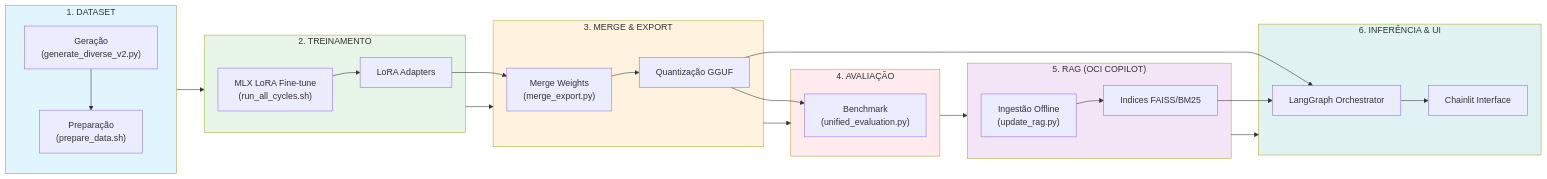
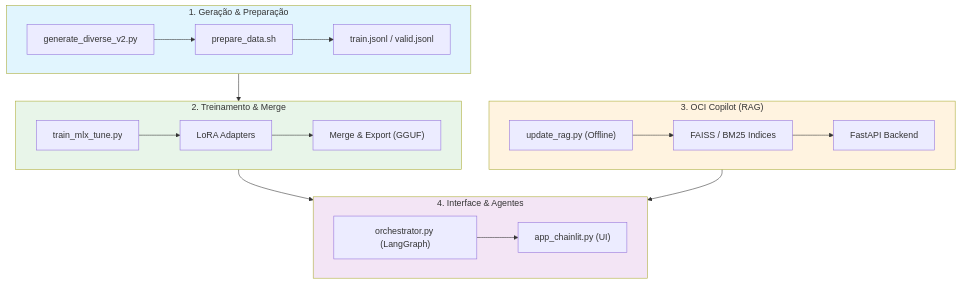
The diagram in README.md (otavio-lemos/olia-2-oci), drawn with Mermaid before and after one commit. The commit also changed other lines of this file, not shown here.

Commit message:
docs: exhaustive README overhaul with correct installation flow and root mandate

````diff
--- a/README.md
+++ b/README.md
@@ -47,41 +42,30 @@
 ```mermaid
-flowchart LR
-    subgraph DS["1. DATASET"]
-        A1["Geração<br/>(generate_diverse_v2.py)"] --> A2["Preparação<br/>(prepare_data.sh)"]
+flowchart TD
+    subgraph GENERATION["1. Geração & Preparação"]
+        A1["generate_diverse_v2.py"] --> A2["prepare_data.sh"]
+        A2 --> A3["train.jsonl / valid.jsonl"]
     end
 
-    subgraph TR["2. TREINAMENTO"]
-        B1["MLX LoRA Fine-tune<br/>(run_all_cycles.sh)"] --> B2["LoRA Adapters"]
+    subgraph TRAINING["2. Treinamento & Merge"]
+        B1["train_mlx_tune.py"] --> B2["LoRA Adapters"]
+        B2 --> B3["Merge & Export (GGUF)"]
     end
 
-    subgraph ME["3. MERGE & EXPORT"]
-        B2 --> C1["Merge Weights<br/>(merge_export.py)"] --> C2["Quantização GGUF"]
+    subgraph RAG["3. OCI Copilot (RAG)"]
+        C1["update_rag.py (Offline)"] --> C2["FAISS / BM25 Indices"]
+        C2 --> C3["FastAPI Backend"]
     end
 
-    subgraph EV["4. AVALIAÇÃO"]
-        C2 --> D1["Benchmark<br/>(unified_evaluation.py)"]
+    subgraph UI["4. Interface & Agentes"]
+        D1["orchestrator.py (LangGraph)"] --> D2["app_chainlit.py (UI)"]
     end
 
-    subgraph RG["5. RAG (OCI COPILOT)"]
-        E1["Ingestão Offline<br/>(update_rag.py)"] --> E2["Indices FAISS/BM25"]
-    end
+    GENERATION --> TRAINING
+    TRAINING --> UI
+    RAG --> UI
 
-    subgraph UI["6. INFERÊNCIA & UI"]
-        C2 --> F1["LangGraph Orchestrator"]
-        E2 --> F1
-        F1 --> F2["Chainlit Interface"]
-    end
-
-    DS --> TR
-    TR --> ME
-    ME --> EV
-    EV --> RG
-    RG --> UI
-
-    style DS fill:#e1f5fe
-    style TR fill:#e8f5e9
-    style ME fill:#fff3e0
-    style EV fill:#ffebee
-    style RG fill:#f3e5f5
-    style UI fill:#e0f2f1
+    style GENERATION fill:#e1f5fe
+    style TRAINING fill:#e8f5e9
+    style RAG fill:#fff3e0
+    style UI fill:#f3e5f5
 ```
````
